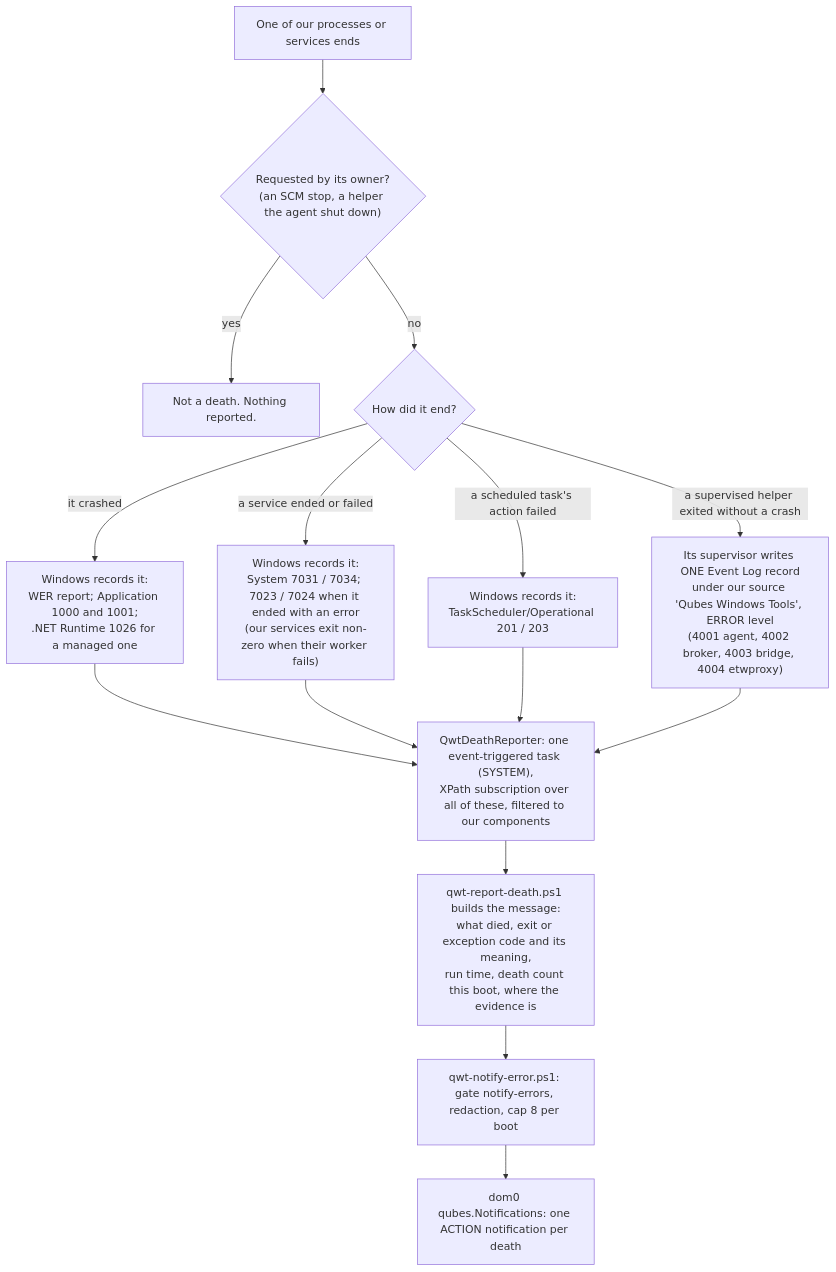
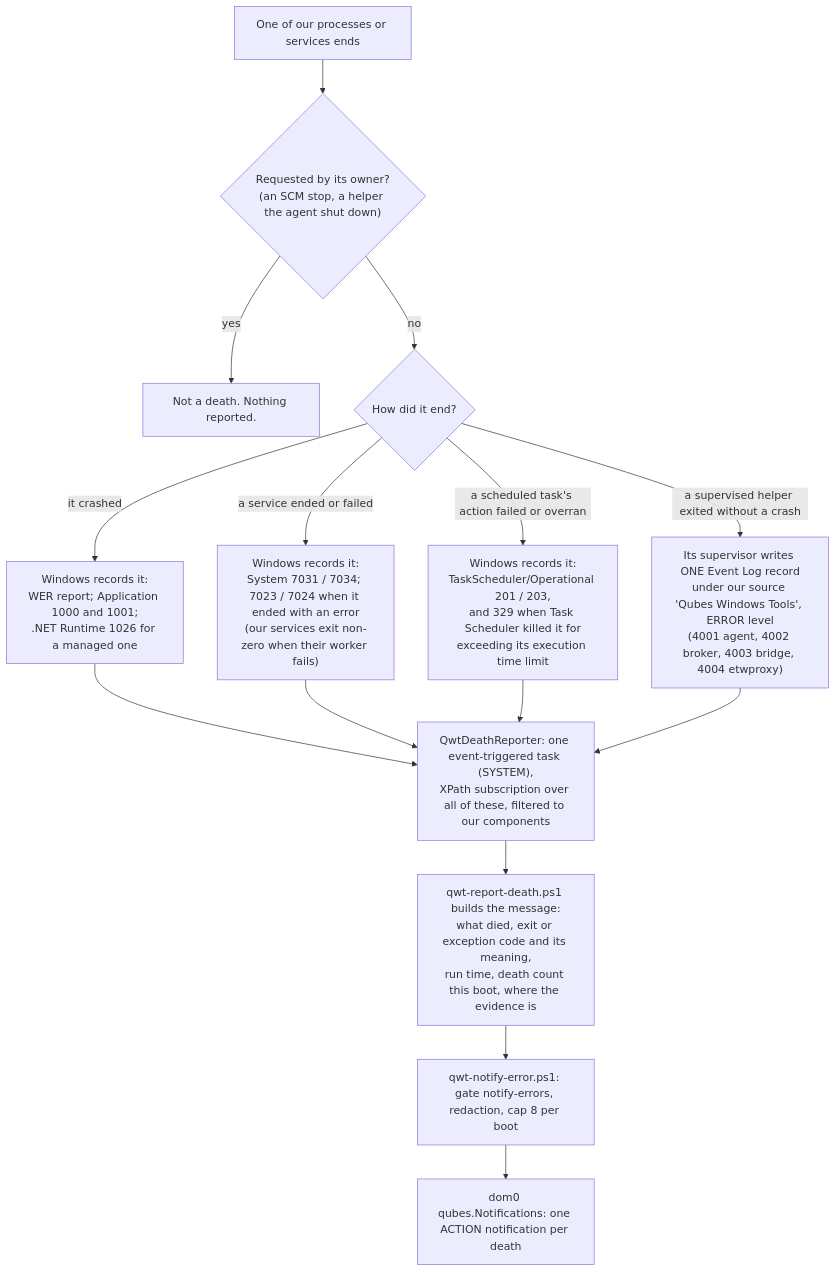
Before and after one commit to arkenoi/qubes-win-idd-driver: the diagram in docs/ADR-supervision.md, drawn with Mermaid. The commit also changed other lines of this file and 10 other files, not shown here.

````diff
--- a/docs/ADR-supervision.md
+++ b/docs/ADR-supervision.md
@@ -25,17 +25,17 @@
 ```mermaid
 flowchart TD
     A["One of our processes or services ends"] --> B{"Requested by its owner?<br/>(an SCM stop, a helper the agent shut down)"}
     B -->|yes| Z["Not a death. Nothing reported."]
     B -->|no| C{"How did it end?"}
     C -->|"it crashed"| D["Windows records it:<br/>WER report; Application 1000 and 1001;<br/>.NET Runtime 1026 for a managed one"]
     C -->|"a service ended or failed"| E["Windows records it:<br/>System 7031 / 7034; 7023 / 7024 when it ended with an error<br/>(our services exit non-zero when their worker fails)"]
-    C -->|"a scheduled task's action failed"| F["Windows records it:<br/>TaskScheduler/Operational 201 / 203"]
+    C -->|"a scheduled task's action failed or overran"| F["Windows records it:<br/>TaskScheduler/Operational 201 / 203,<br/>and 329 when Task Scheduler killed it for<br/>exceeding its execution time limit"]
     C -->|"a supervised helper exited without a crash"| G["Its supervisor writes ONE Event Log record<br/>under our source 'Qubes Windows Tools', ERROR level<br/>(4001 agent, 4002 broker, 4003 bridge, 4004 etwproxy)"]
     D --> H
     E --> H
     F --> H
     G --> H["QwtDeathReporter: one event-triggered task (SYSTEM),<br/>XPath subscription over all of these, filtered to our components"]
     H --> I["qwt-report-death.ps1 builds the message:<br/>what died, exit or exception code and its meaning,<br/>run time, death count this boot, where the evidence is"]
     I --> J["qwt-notify-error.ps1: gate notify-errors, redaction, cap 8 per boot"]
     J --> K["dom0 qubes.Notifications: one ACTION notification per death"]
 ```
````
